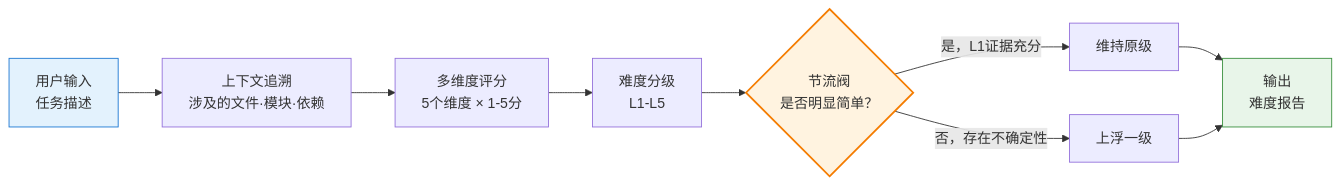
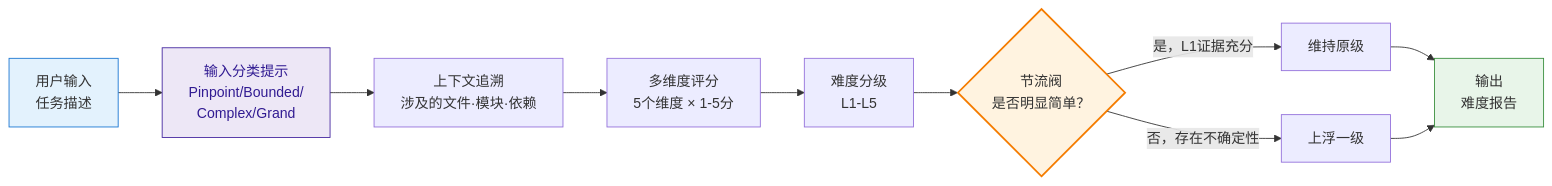
One commit to YuluoY/Ironweave changed the diagram in skills/task-difficulty/SKILL.md. Above: the diagram before and after it, drawn with Mermaid. The commit also changed other lines of this file and 20 other files, not shown here.

````diff
--- a/skills/task-difficulty/SKILL.md
+++ b/skills/task-difficulty/SKILL.md
@@ -16,19 +16,21 @@
 ```mermaid
 graph LR
     INPUT["用户输入<br/>任务描述"]
+    CLASS["输入分类提示<br/>Pinpoint/Bounded/<br>Complex/Grand"]
     CTX["上下文追溯<br/>涉及的文件·模块·依赖"]
     SCORE["多维度评分<br/>5个维度 × 1-5分"]
     LEVEL["难度分级<br/>L1-L5"]
     THROTTLE{"节流阀<br/>是否明显简单？"}
     OUT_KEEP["维持原级"]
     OUT_BUMP["上浮一级"]
     RESULT["输出<br/>难度报告"]
 
-    INPUT --> CTX --> SCORE --> LEVEL --> THROTTLE
+    INPUT --> CLASS --> CTX --> SCORE --> LEVEL --> THROTTLE
     THROTTLE -->|"是，L1证据充分"| OUT_KEEP --> RESULT
     THROTTLE -->|"否，存在不确定性"| OUT_BUMP --> RESULT
 
     style INPUT fill:#e3f2fd,stroke:#1976d2
+    style CLASS fill:#ede7f6,stroke:#4527a0,color:#311b92
     style THROTTLE fill:#fff3e0,stroke:#f57c00,stroke-width:2px
     style RESULT fill:#e8f5e9,stroke:#388e3c
 ```
````
